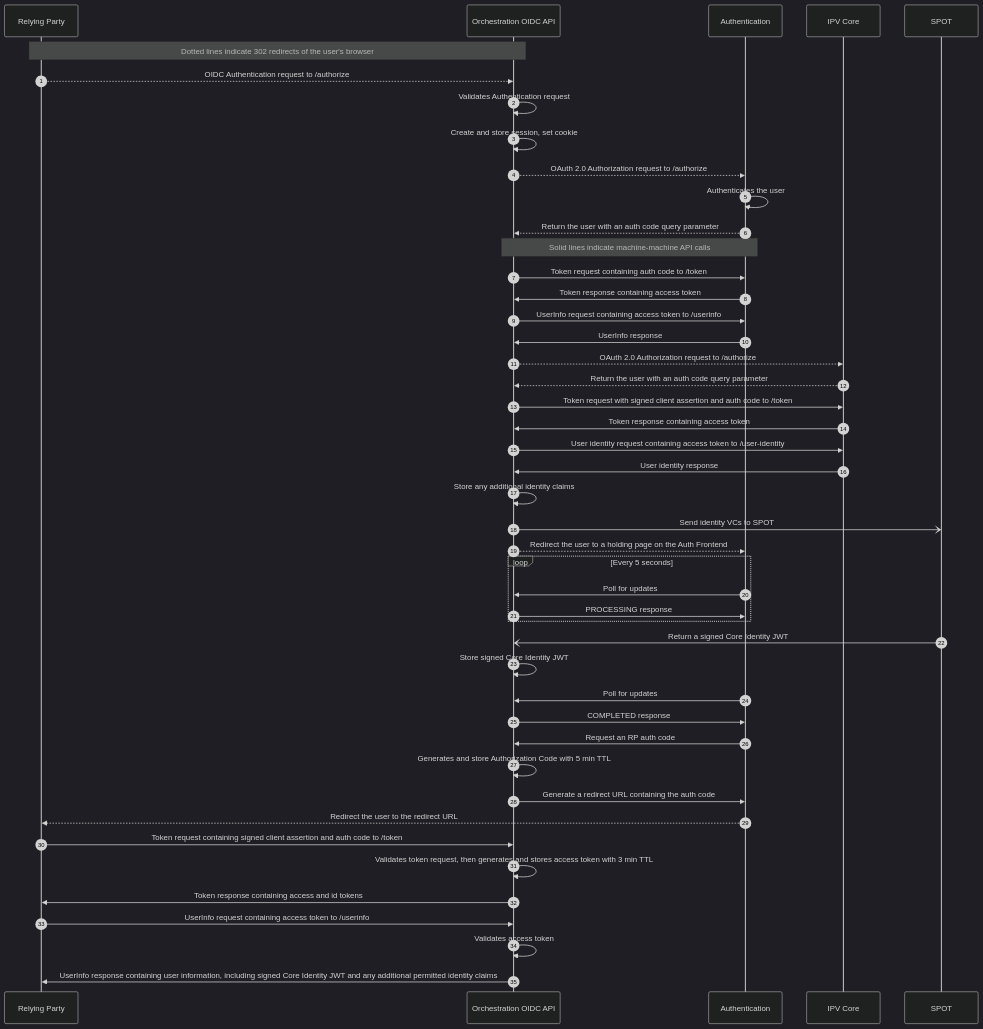
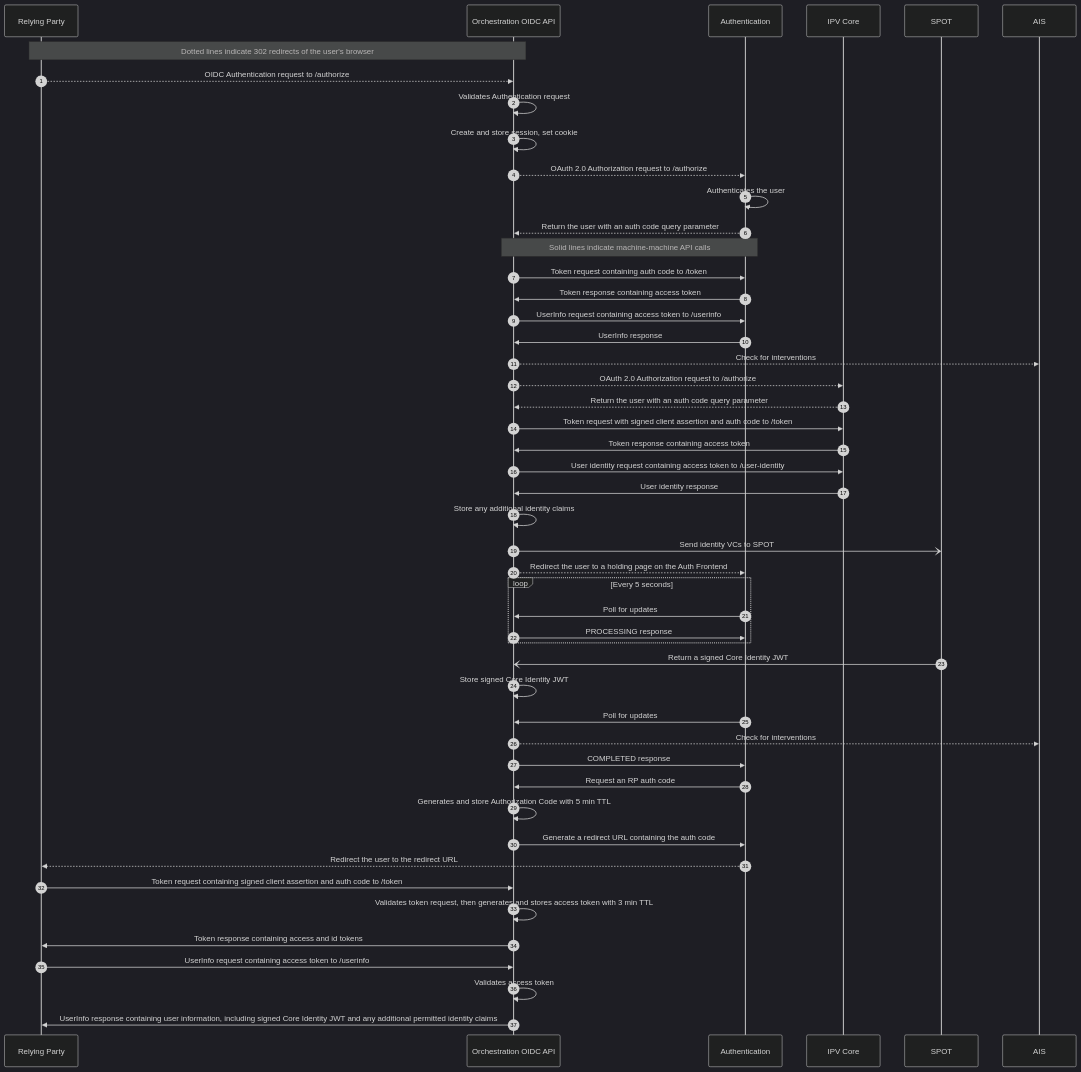
Before and after one commit to govuk-one-login/authentication-api: the diagram in docs/diagrams/orchestration/identity/identity.mmd, drawn with Mermaid (dark theme). The commit also changed 1 other file, not shown here.

Commit message:
ATO-1036: Update sequence diagrams to show AIS calls

```diff
--- a/docs/diagrams/orchestration/identity/identity.mmd
+++ b/docs/diagrams/orchestration/identity/identity.mmd
@@ -1,49 +1,52 @@
 sequenceDiagram
     autonumber
     participant rp as Relying Party
     participant orch_api as Orchestration OIDC API
     participant auth as Authentication
     participant ipv as IPV Core
     participant spot as SPOT
+    participant ais as AIS
     Note over rp,orch_api: Dotted lines indicate 302 redirects of the user's browser
     rp -->> orch_api : OIDC Authentication request to /authorize
     orch_api  ->> orch_api : Validates Authentication request
     orch_api ->> orch_api : Create and store session, set cookie
     orch_api -->> auth : OAuth 2.0 Authorization request to /authorize
     auth ->> auth : Authenticates the user
     auth -->> orch_api : Return the user with an auth code query parameter
     Note over orch_api,auth: Solid lines indicate machine-machine API calls
     orch_api ->> auth : Token request containing auth code to /token
     auth ->> orch_api : Token response containing access token
     orch_api ->> auth : UserInfo request containing access token to /userinfo
     auth ->> orch_api : UserInfo response
+    orch_api -->> ais : Check for interventions
     orch_api -->> ipv : OAuth 2.0 Authorization request to /authorize
     ipv -->> orch_api : Return the user with an auth code query parameter
     orch_api ->> ipv : Token request with signed client assertion and auth code to /token
     ipv ->> orch_api : Token response containing access token
     orch_api ->> ipv : User identity request containing access token to /user-identity
     ipv ->> orch_api : User identity response
     orch_api ->> orch_api : Store any additional identity claims
     orch_api -) spot : Send identity VCs to SPOT
     orch_api -->> auth : Redirect the user to a holding page on the Auth Frontend
     loop Every 5 seconds
         auth ->> orch_api : Poll for updates
         orch_api ->> auth : PROCESSING response
     end
     spot -) orch_api : Return a signed Core Identity JWT
     orch_api ->> orch_api : Store signed Core Identity JWT
     auth ->> orch_api : Poll for updates
+    orch_api -->> ais : Check for interventions
     orch_api ->> auth : COMPLETED response
     auth ->> orch_api : Request an RP auth code
 
 
     orch_api ->> orch_api : Generates and store Authorization Code with 5 min TTL
     orch_api ->> auth : Generate a redirect URL containing the auth code
 
     auth -->> rp : Redirect the user to the redirect URL
     rp ->> orch_api : Token request containing signed client assertion and auth code to /token
     orch_api ->> orch_api : Validates token request, then generates and stores access token with 3 min TTL
     orch_api ->> rp : Token response containing access and id tokens
     rp ->> orch_api : UserInfo request containing access token to /userinfo
     orch_api ->> orch_api : Validates access token
     orch_api ->> rp : UserInfo response containing user information, including signed Core Identity JWT and any additional permitted identity claims
```
